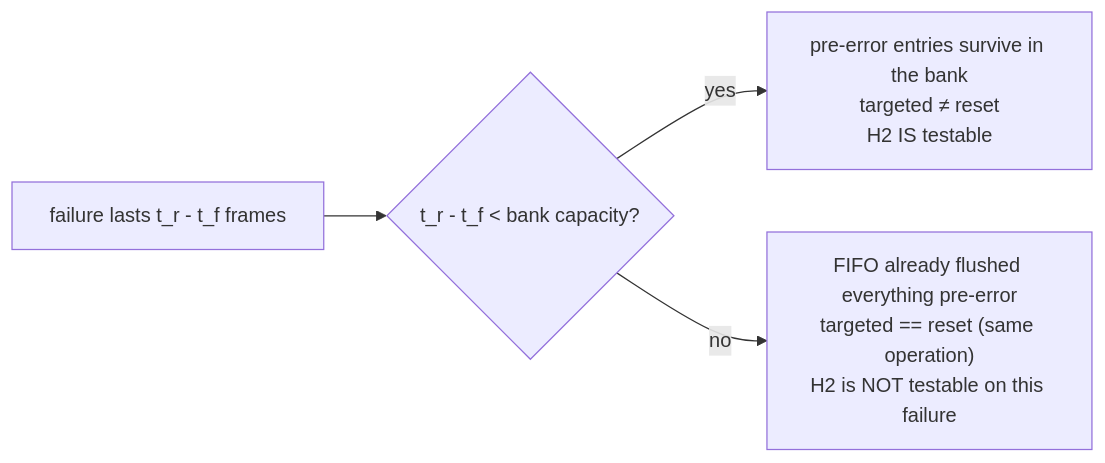
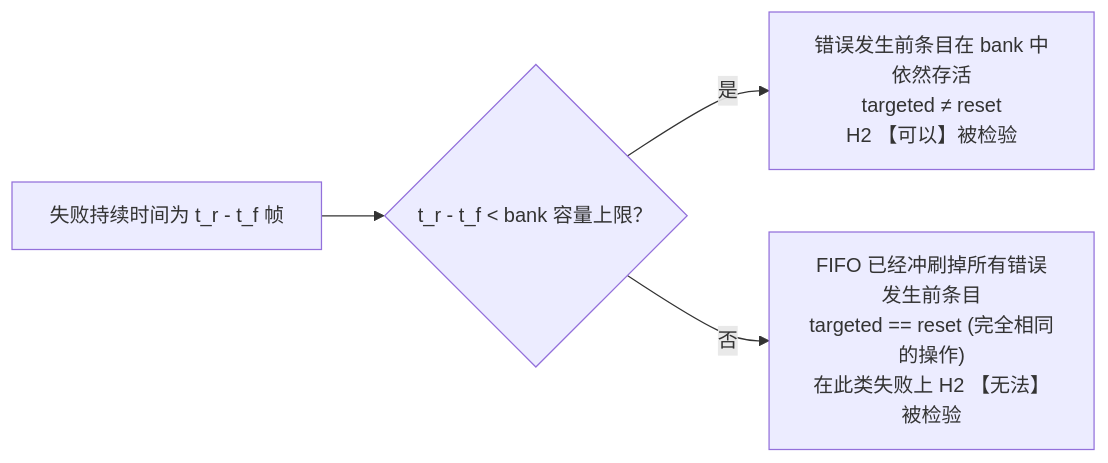
The third of 5 diagrams in Windows7/Idea_02/diagrams/architecture.md (songkang688/idea), drawn with Mermaid before and after one commit. The commit also changed other lines of this file and 74 other files, not shown here.

````diff
--- a/Windows7/Idea_02/diagrams/architecture.md
+++ b/Windows7/Idea_02/diagrams/architecture.md
@@ -53,6 +50,6 @@
 ```mermaid
 flowchart LR
-    A["failure lasts t_r - t_f frames"] --> B{"t_r - t_f < bank capacity?"}
-    B -- yes --> C["pre-error entries survive in the bank<br/>targeted ≠ reset<br/>H2 IS testable"]
-    B -- no --> D["FIFO already flushed everything pre-error<br/>targeted == reset (same operation)<br/>H2 is NOT testable on this failure"]
+    A["失败持续时间为 t_r - t_f 帧"] --> B{"t_r - t_f < bank 容量上限？"}
+    B -- 是 --> C["错误发生前条目在 bank 中依然存活<br/>targeted ≠ reset<br/>H2 【可以】被检验"]
+    B -- 否 --> D["FIFO 已经冲刷掉所有错误发生前条目<br/>targeted == reset (完全相同的操作)<br/>在此类失败上 H2 【无法】被检验"]
 ```
````
